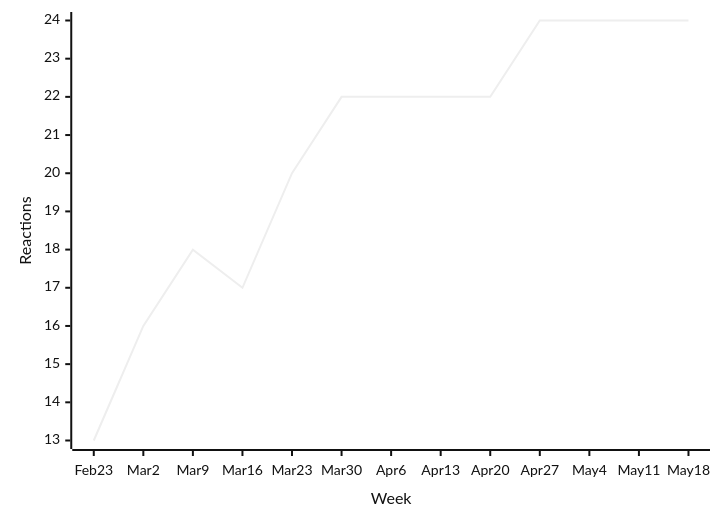
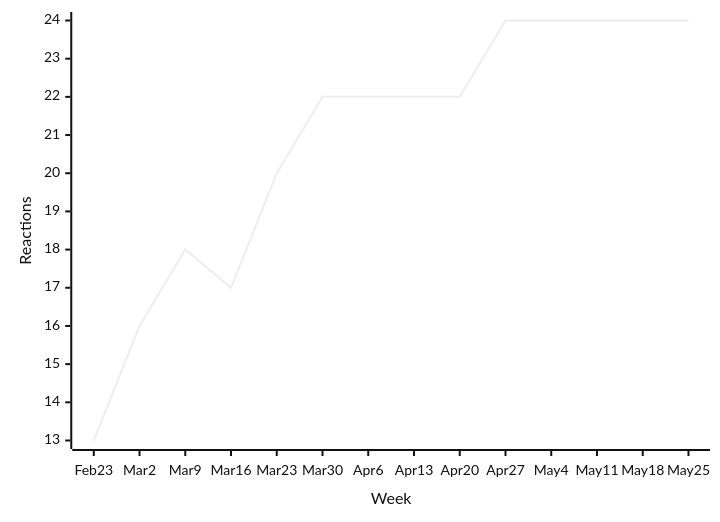
Before and after one commit to loic-sharma/github-insights: the ninth of 49 diagrams in README.md, drawn with Mermaid (neutral theme). The commit also changed other lines of this file and 3 other files, not shown here.

````diff
--- a/README.md
+++ b/README.md
@@ -475,6 +475,6 @@
   ```mermaid
   xychart-beta
-    x-axis "Week" [Feb 23, Mar 2, Mar 9, Mar 16, Mar 23, Mar 30, Apr 6, Apr 13, Apr 20, Apr 27, May 4, May 11, May 18]
+    x-axis "Week" [Feb 23, Mar 2, Mar 9, Mar 16, Mar 23, Mar 30, Apr 6, Apr 13, Apr 20, Apr 27, May 4, May 11, May 18, May 25]
     y-axis "Reactions"
-    line [13, 16, 18, 17, 20, 22, 22, 22, 22, 24, 24, 24, 24]
+    line [13, 16, 18, 17, 20, 22, 22, 22, 22, 24, 24, 24, 24, 24]
   ```
````
